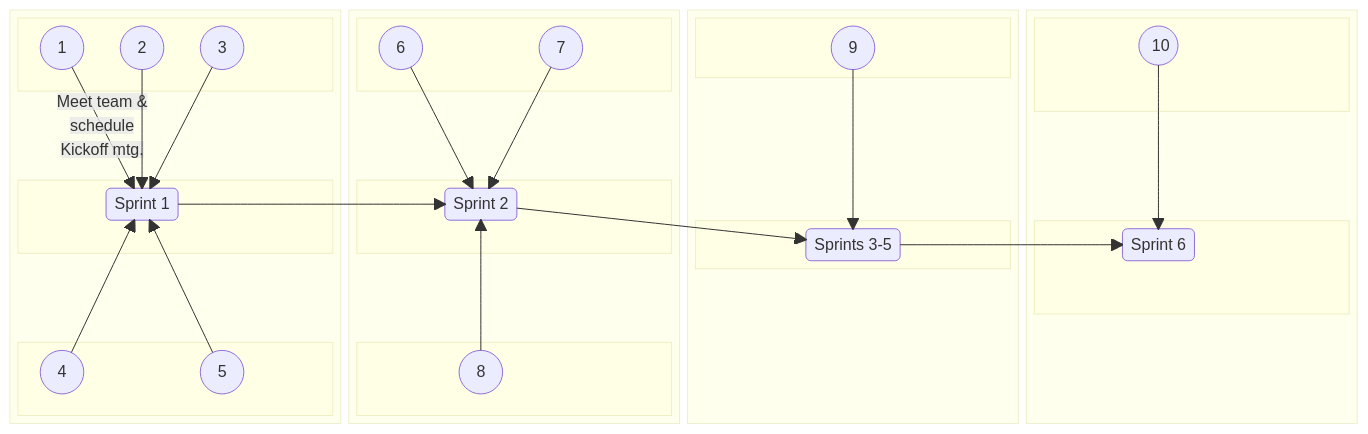
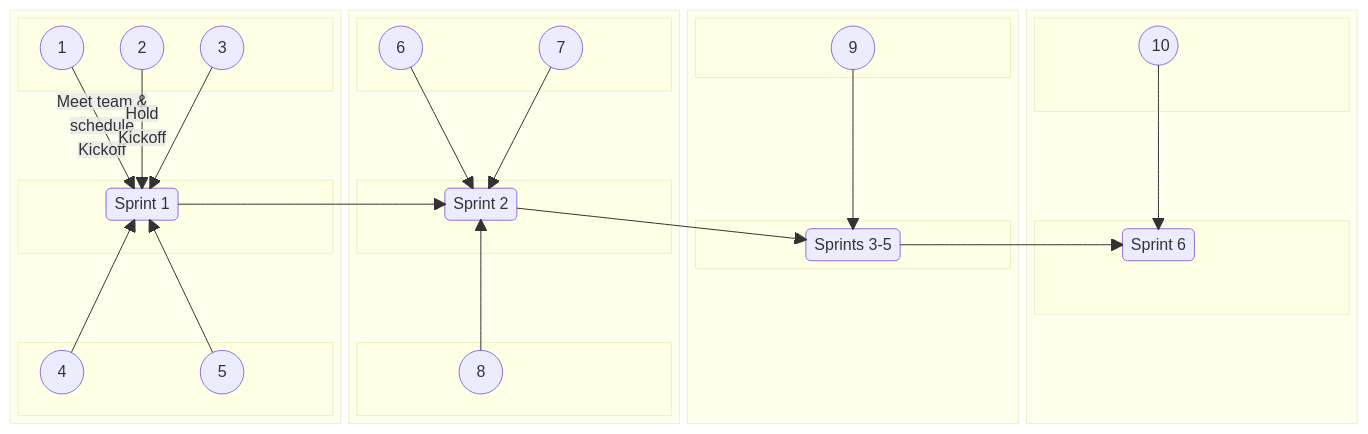
One commit to jdmedlock/mermaid_testing changed the second of 2 diagrams in README.md. Above: the diagram before and after it, drawn with Mermaid.

Commit message:
Feature: Add annotations to test layout

```diff
--- a/README.md
+++ b/README.md
@@ -112,8 +112,8 @@
         space
         A5(("&nbsp;&nbsp; 5 &nbsp;&nbsp;"))
       end
-      A1 -- "Meet team &</br>schedule</br>Kickoff mtg." --> SPRINT1
-      A2 ----> SPRINT1
+      A1 -- "Meet team &</br>schedule</br>Kickoff" --> SPRINT1
+      A2 -- "Hold</br>Kickoff" --> SPRINT1
       A3 ----> SPRINT1
       A4 ----> SPRINT1
       A5 ----> SPRINT1
```
